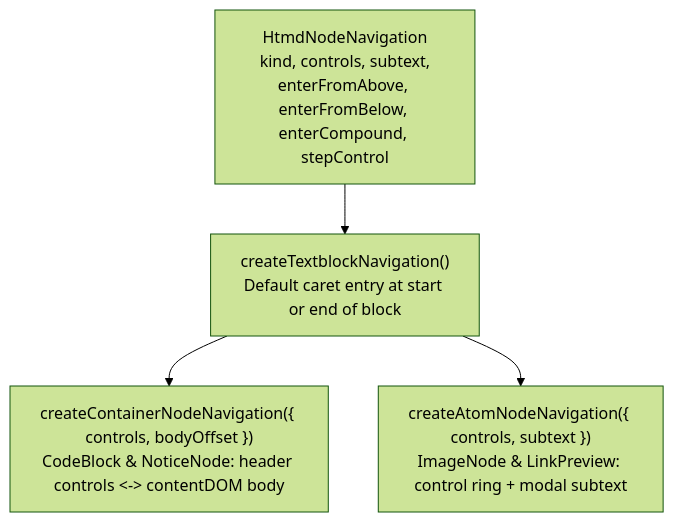
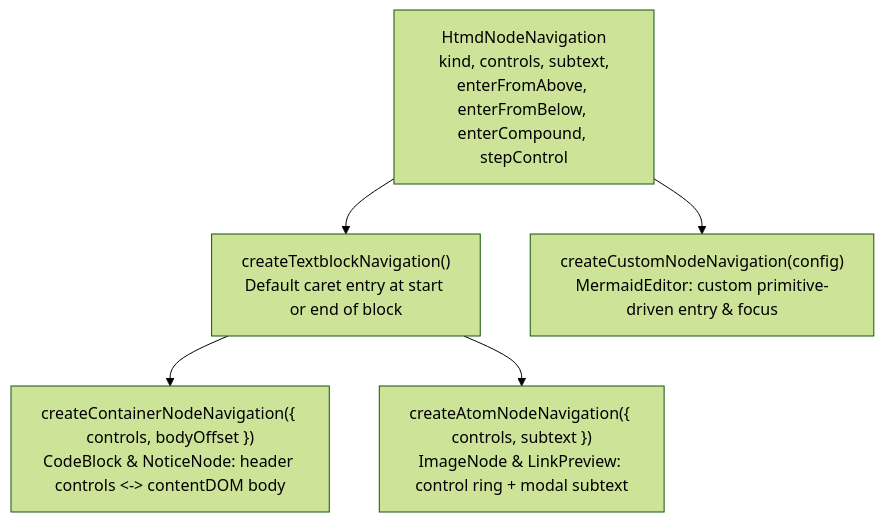
The sixth of 8 diagrams in docs/architecture/htmd-ts/editor-extensions.md (hypertextual/hypertextual), drawn with Mermaid (forest theme) before and after one commit. The commit also changed other lines of this file and 33 other files, not shown here.

Commit message:
refactor(editor): compose WindowInplace and PipWindow in MermaidEditor and adopt createCustomNodeNavigation

````diff
--- a/docs/architecture/htmd-ts/editor-extensions.md
+++ b/docs/architecture/htmd-ts/editor-extensions.md
@@ -227,10 +227,11 @@
 ```mermaid
 flowchart TD
     Base["HtmdNodeNavigation<br/>kind, controls, subtext,<br/>enterFromAbove, enterFromBelow, enterCompound, stepControl"]
     Text["createTextblockNavigation()<br/>Default caret entry at start or end of block"]
     Cont["createContainerNodeNavigation({ controls, bodyOffset })<br/>CodeBlock & NoticeNode: header controls <-> contentDOM body"]
     Atom["createAtomNodeNavigation({ controls, subtext })<br/>ImageNode & LinkPreview: control ring + modal subtext"]
+    Cust["createCustomNodeNavigation(config)<br/>MermaidEditor: custom primitive-driven entry & focus"]
 
-    Base --> Text
+    Base --> Text & Cust
     Text --> Cont & Atom
 ```
````
